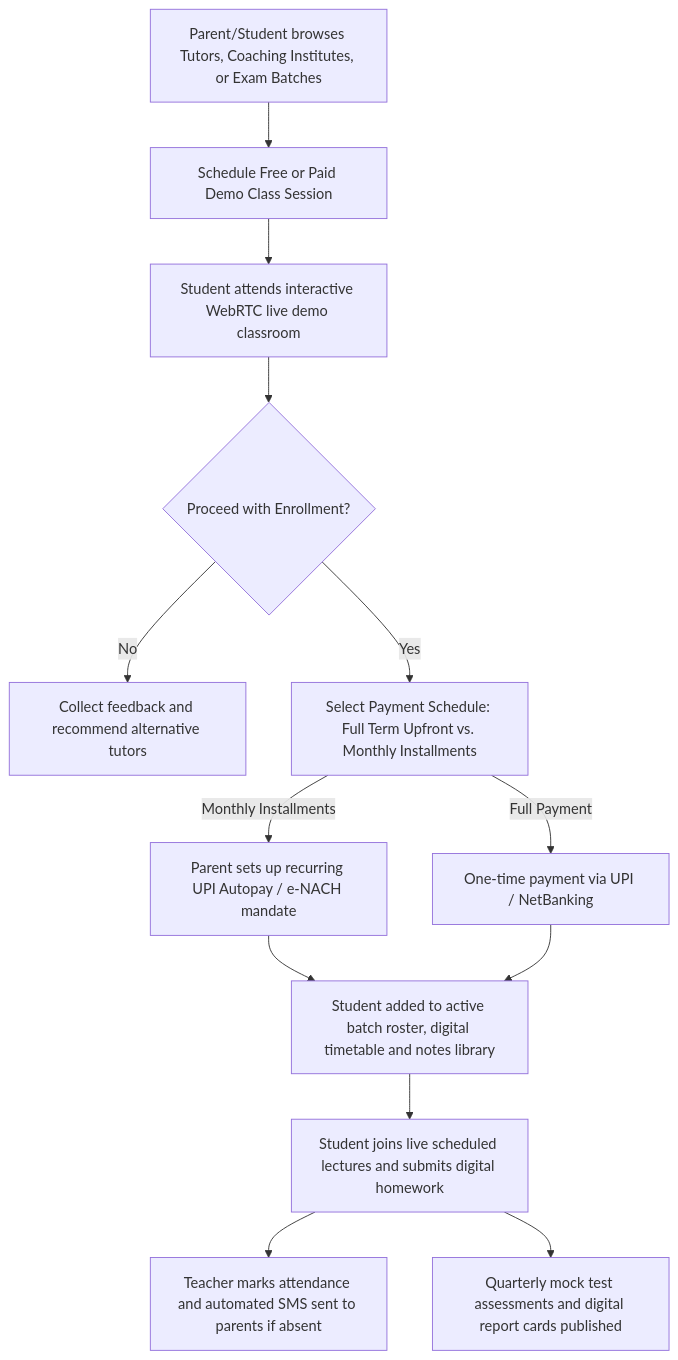
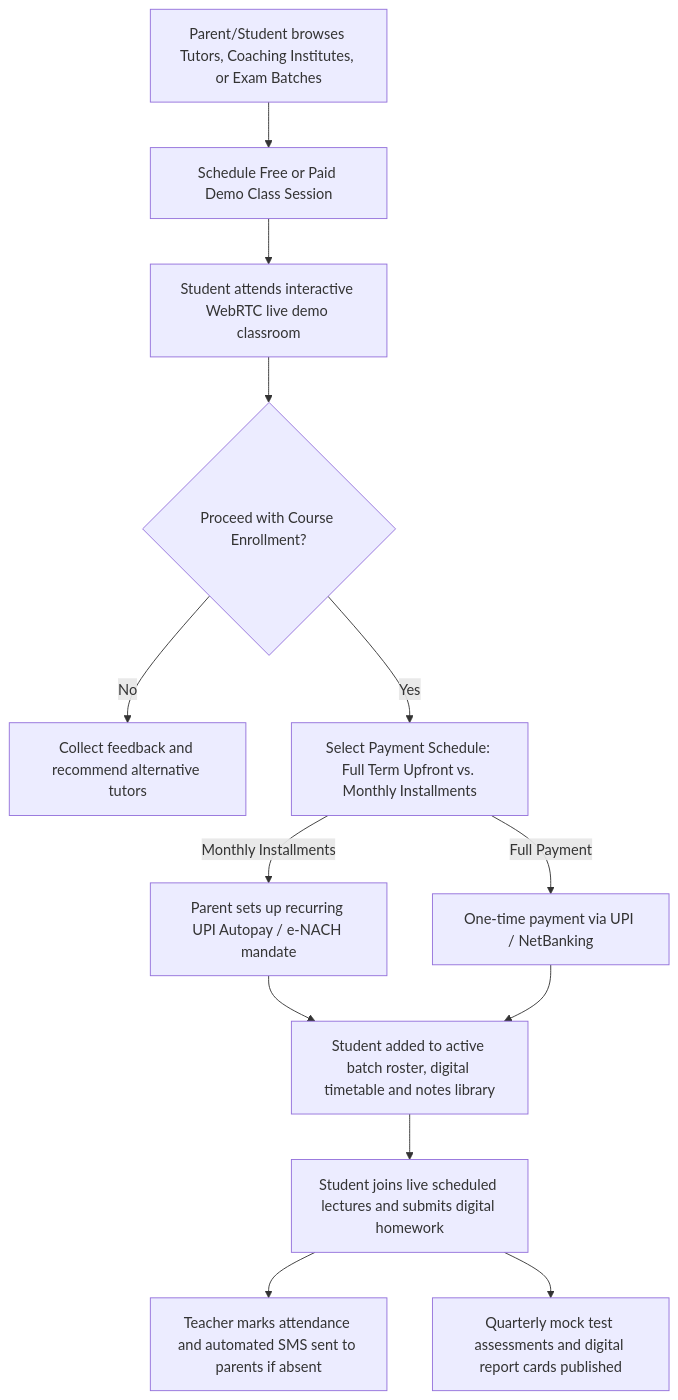
Before and after one commit to programmerfiroz/all-in-one: diagram 14 of 17 in docs/06_visual_hierarchy_and_flows/high_level_visual_hierarchy.md, drawn with Mermaid. The commit also changed other lines of this file, not shown here.

Commit message:
docs: finalize exhaustive visual hierarchy blueprint (VHB-IND-V1.1) with 17 verified mermaid diagrams

````diff
--- a/docs/06_visual_hierarchy_and_flows/high_level_visual_hierarchy.md
+++ b/docs/06_visual_hierarchy_and_flows/high_level_visual_hierarchy.md
@@ -321,20 +472,20 @@
 ```mermaid
 flowchart TD
     BrowseTutor["Parent/Student browses Tutors, Coaching Institutes, or Exam Batches"] --> BookDemo["Schedule Free or Paid Demo Class Session"]
     BookDemo --> AttendDemo["Student attends interactive WebRTC live demo classroom"]
     
-    AttendDemo --> Satisfied{"Proceed with Enrollment?"}
+    AttendDemo --> Satisfied{"Proceed with Course Enrollment?"}
     Satisfied -->|No| Feedback["Collect feedback and recommend alternative tutors"]
     
     Satisfied -->|Yes| PlanChoice["Select Payment Schedule: Full Term Upfront vs. Monthly Installments"]
     
     PlanChoice -->|Monthly Installments| Mandate["Parent sets up recurring UPI Autopay / e-NACH mandate"]
     PlanChoice -->|Full Payment| UpfrontPay["One-time payment via UPI / NetBanking"]
     
     Mandate --> Enrolled["Student added to active batch roster, digital timetable and notes library"]
     UpfrontPay --> Enrolled
     
     Enrolled --> DailyClass["Student joins live scheduled lectures and submits digital homework"]
     DailyClass --> AttendanceAlert["Teacher marks attendance and automated SMS sent to parents if absent"]
     DailyClass --> ProgressReports["Quarterly mock test assessments and digital report cards published"]
 ```
````
